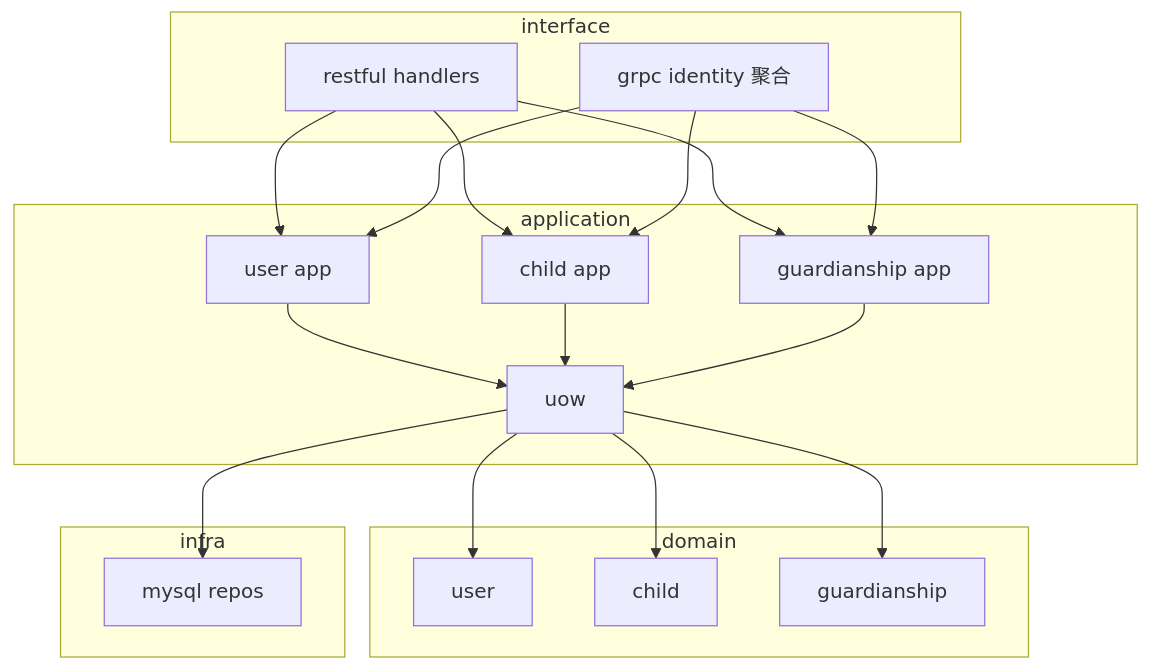
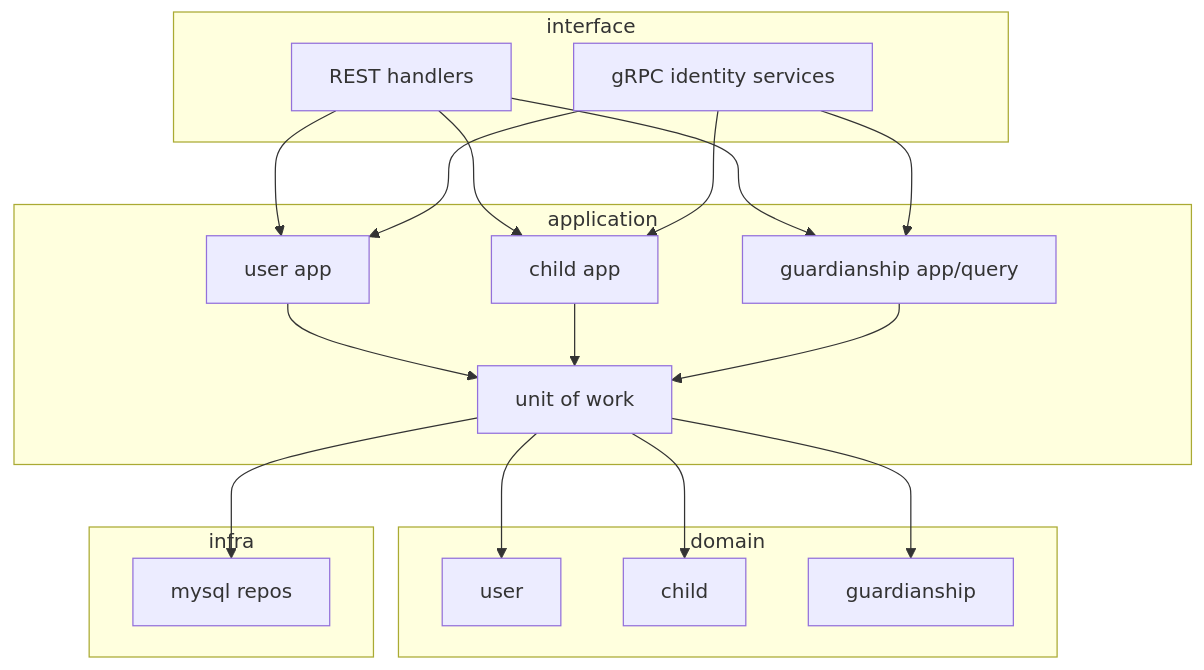
Before and after one commit to FangcunMount/iam-contracts: the fourth of 5 diagrams in docs/02-业务域/03-user-用户、儿童、Guardianship.md, drawn with Mermaid. The commit also changed other lines of this file and 24 other files, not shown here.

````diff
--- a/docs/02-业务域/03-user-用户、儿童、Guardianship.md
+++ b/docs/02-业务域/03-user-用户、儿童、Guardianship.md
@@ -109,34 +151,35 @@
 ```mermaid
 flowchart TB
   subgraph interface
-    RH[restful handlers]
-    GS[grpc identity 聚合]
+    RH["REST handlers"]
+    GS["gRPC identity services"]
   end
   subgraph application
-    US[user app]
-    CH[child app]
-    GU[guardianship app]
-    UoW[uow]
+    US["user app"]
+    CS["child app"]
+    GSVC["guardianship app/query"]
+    UOW["unit of work"]
   end
   subgraph domain
-    DU[user]
-    DC[child]
-    DG[guardianship]
+    DU["user"]
+    DC["child"]
+    DG["guardianship"]
   end
   subgraph infra
-    MY[mysql repos]
+    MY["mysql repos"]
   end
+
   RH --> US
-  RH --> CH
-  RH --> GU
+  RH --> CS
+  RH --> GSVC
   GS --> US
-  GS --> CH
-  GS --> GU
-  US --> UoW
-  CH --> UoW
-  GU --> UoW
-  UoW --> DU
-  UoW --> DC
-  UoW --> DG
-  UoW --> MY
+  GS --> CS
+  GS --> GSVC
+  US --> UOW
+  CS --> UOW
+  GSVC --> UOW
+  UOW --> DU
+  UOW --> DC
+  UOW --> DG
+  UOW --> MY
 ```
````
